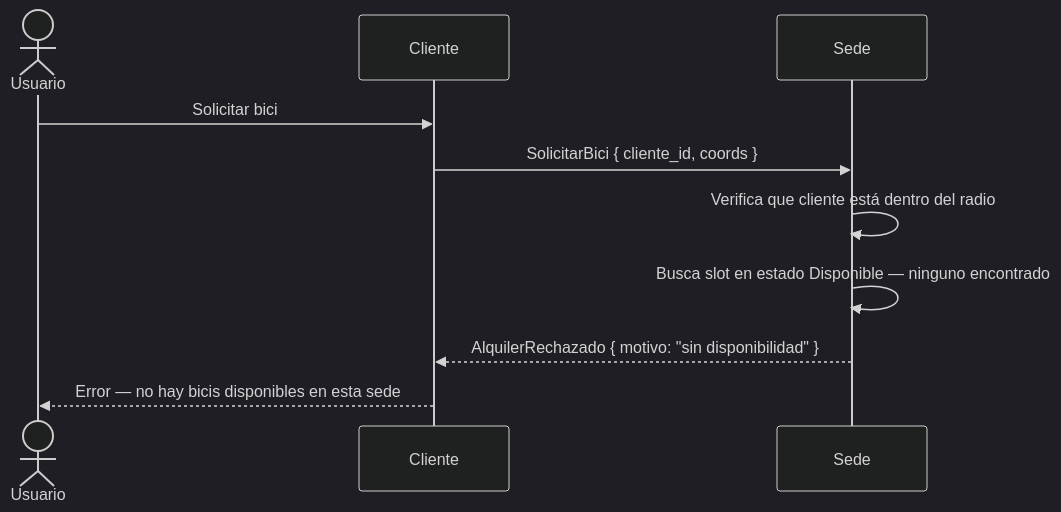
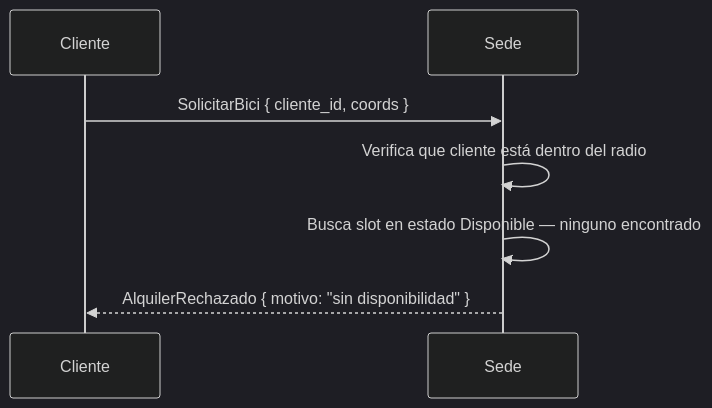
One commit to Jmenechian/distributed-bike-sharing changed the fourth of 15 diagrams in README.md. Above: the diagram before and after it, drawn with Mermaid (dark theme). The commit also changed other lines of this file, not shown here.

````diff
--- a/README.md
+++ b/README.md
@@ -610,13 +1154,10 @@
 ```mermaid
 sequenceDiagram
-    actor Usuario
     participant Cliente
     participant Sede
- 
-    Usuario->>Cliente: Solicitar bici
+
     Cliente->>Sede: SolicitarBici { cliente_id, coords }
     Sede->>Sede: Verifica que cliente está dentro del radio
     Sede->>Sede: Busca slot en estado Disponible — ninguno encontrado
     Sede-->>Cliente: AlquilerRechazado { motivo: "sin disponibilidad" }
-    Cliente-->>Usuario: Error — no hay bicis disponibles en esta sede
 ```
````
